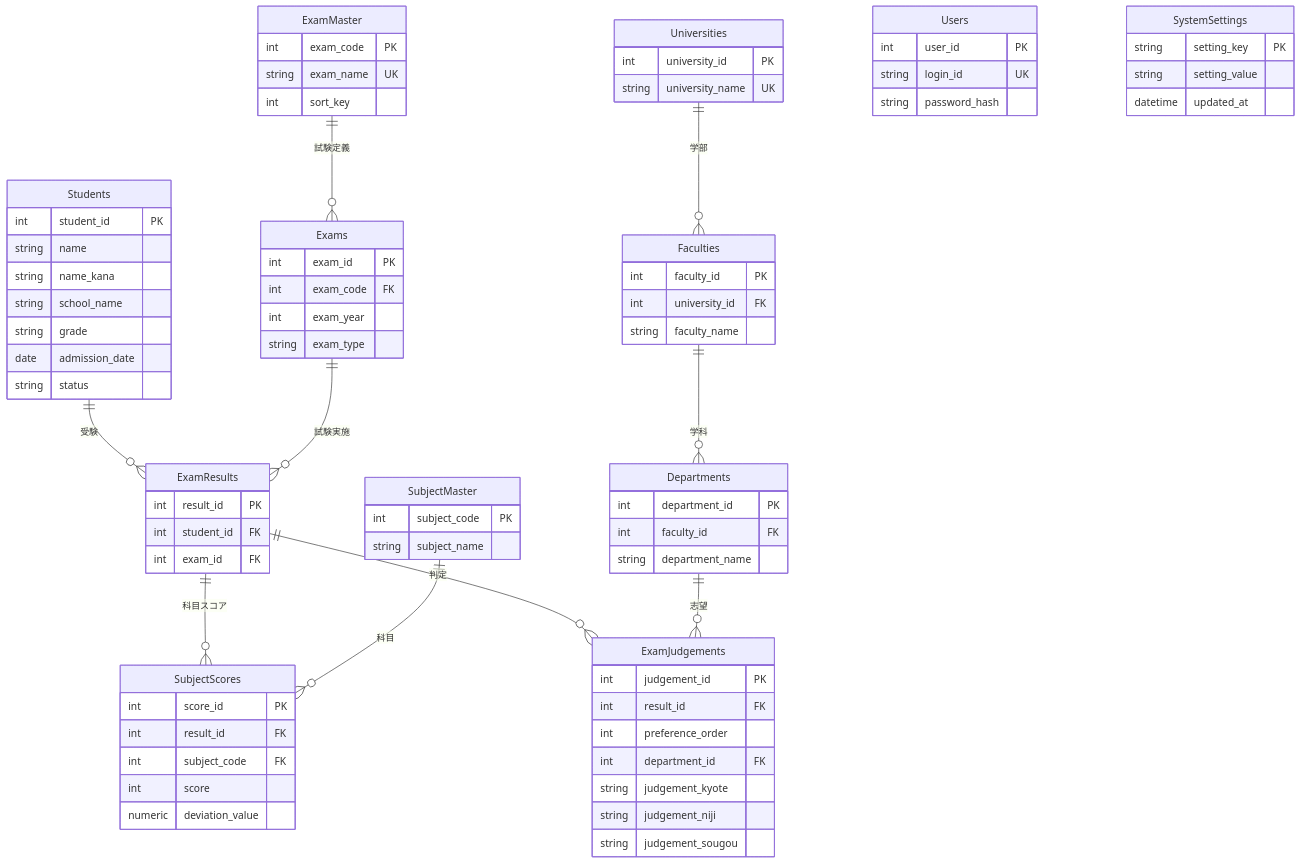
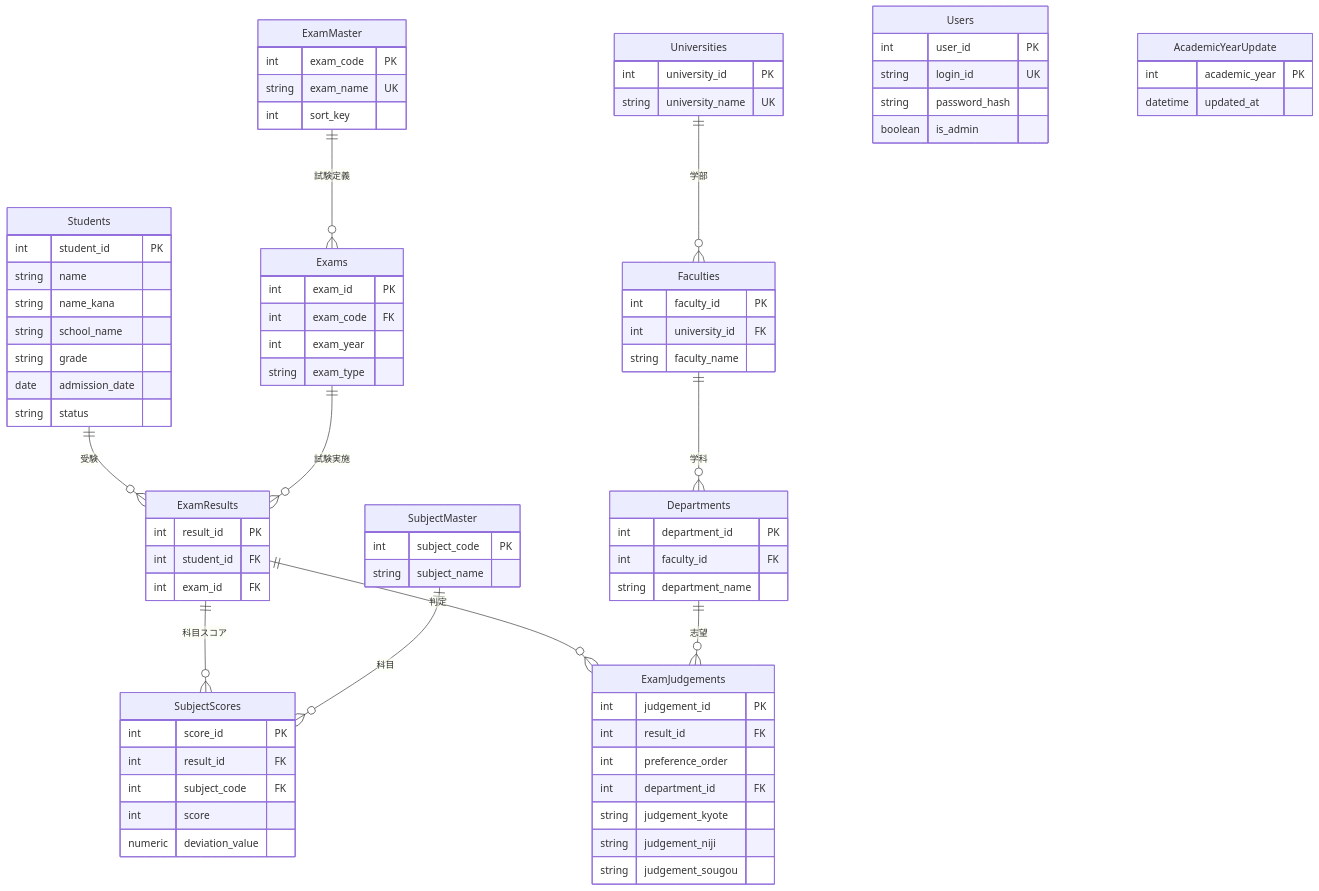
One commit to morris0411/ManavisGradesApp changed the diagram in README.md. Above: the diagram before and after it, drawn with Mermaid. The commit also changed other lines of this file and 5 other files, not shown here.

````diff
--- a/README.md
+++ b/README.md
@@ -154,11 +154,11 @@
         int user_id PK
         string login_id UK
         string password_hash
+        boolean is_admin
     }
 
-    SystemSettings {
-        string setting_key PK
-        string setting_value
+    AcademicYearUpdate {
+        int academic_year PK
         datetime updated_at
     }
 ```
````
